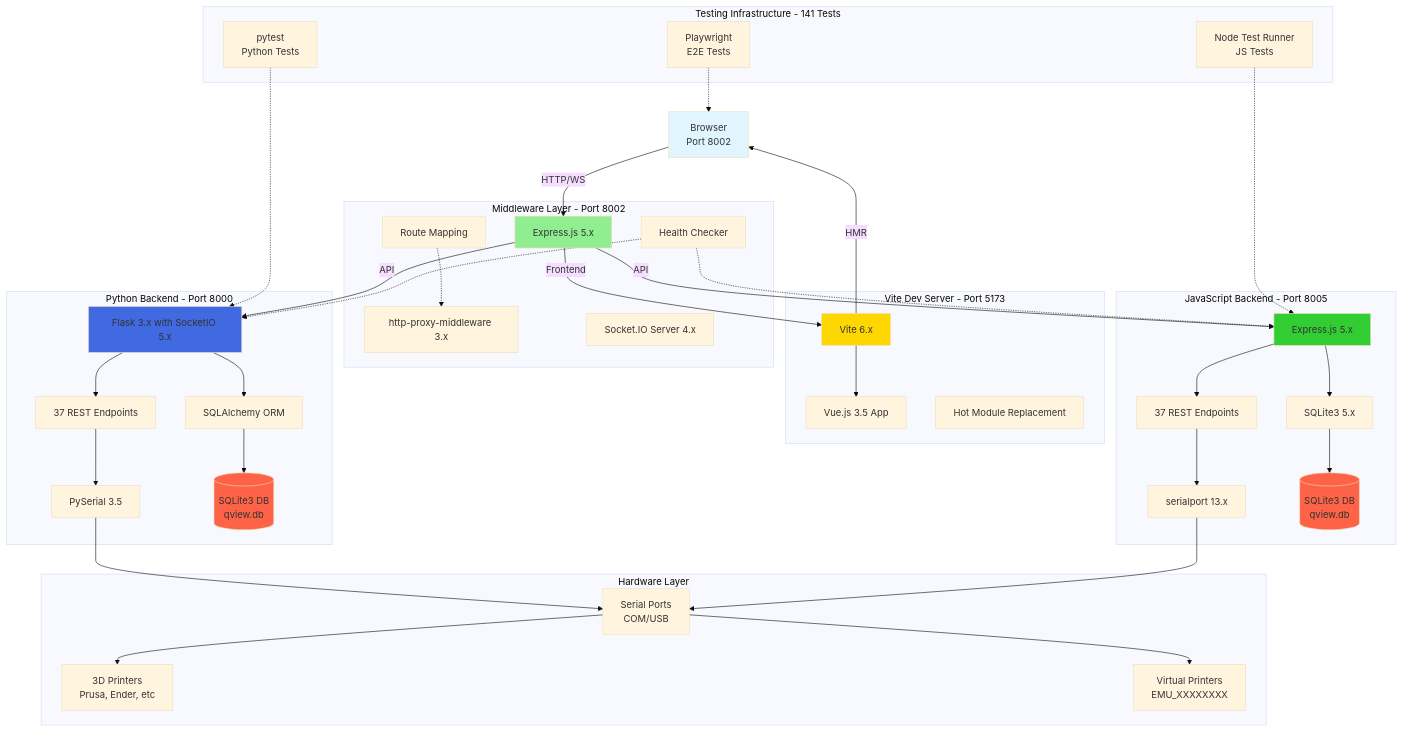
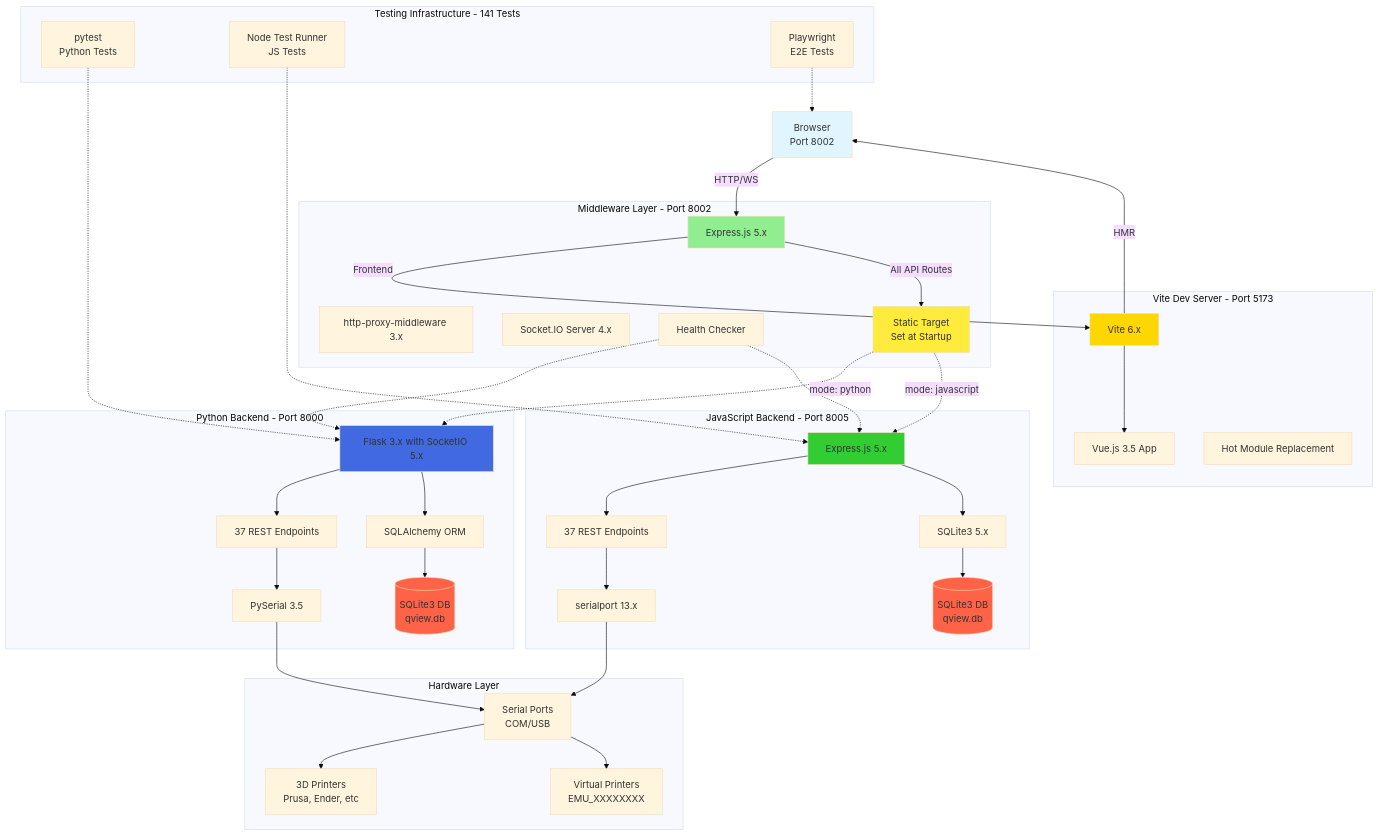
Before and after one commit to sunyhydralab/QView3D: the first of 4 diagrams in middleware.md, drawn with Mermaid (base theme). The commit also changed other lines of this file and 4 other files, not shown here.

Commit message:
docs: update documentation to reflect middleware architecture changes

```diff
--- a/middleware.md
+++ b/middleware.md
@@ -102,7 +102,7 @@
         ProxyMW["http-proxy-middleware 3.x"]
         SocketIOSrv["Socket.IO Server 4.x"]
         HealthChk["Health Checker"]
-        RouteMap["Route Mapping"]
+        StaticTarget["Static Target<br/>Set at Startup"]
     end
 
     subgraph vite["Vite Dev Server - Port 5173"]
@@ -141,8 +141,9 @@
 
     Browser -->|"HTTP/WS"| Express
     Express -->|"Frontend"| ViteCore
-    Express -->|"API"| Flask
-    Express -->|"API"| ExpressJS
+    Express -->|"All API Routes"| StaticTarget
+    StaticTarget -.->|"mode: python"| Flask
+    StaticTarget -.->|"mode: javascript"| ExpressJS
 
     ViteCore --> VueApp
     ViteCore -->|"HMR"| Browser
@@ -168,10 +169,10 @@
 
     HealthChk -.-> Flask
     HealthChk -.-> ExpressJS
-    RouteMap -.-> ProxyMW
 
     style Browser fill:#e1f5ff
     style Express fill:#90ee90
+    style StaticTarget fill:#ffeb3b
     style ViteCore fill:#ffd700
     style Flask fill:#4169e1
     style ExpressJS fill:#32cd32
```
